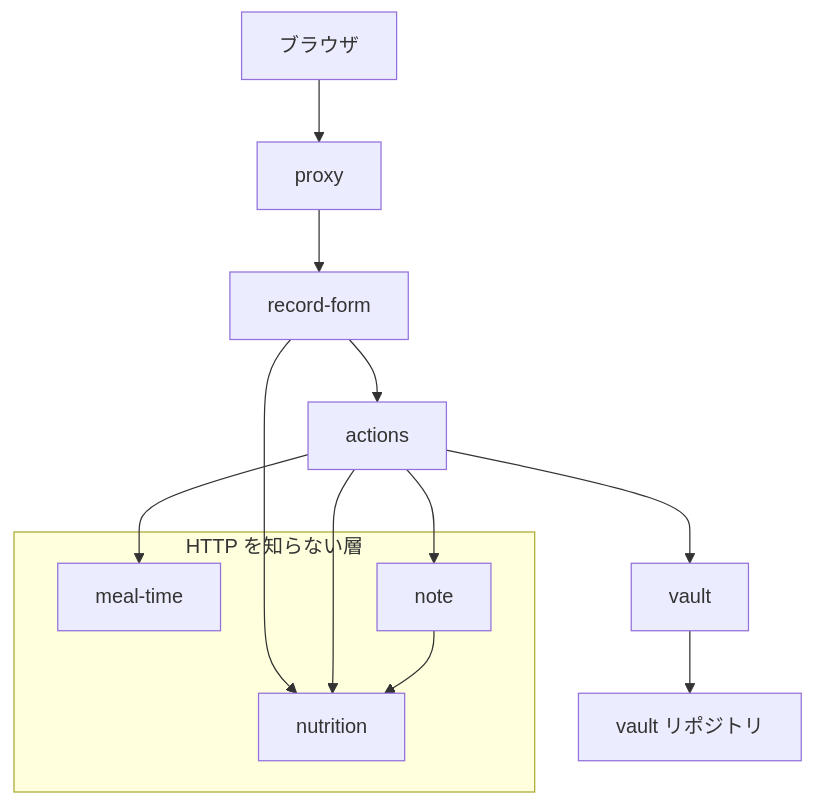
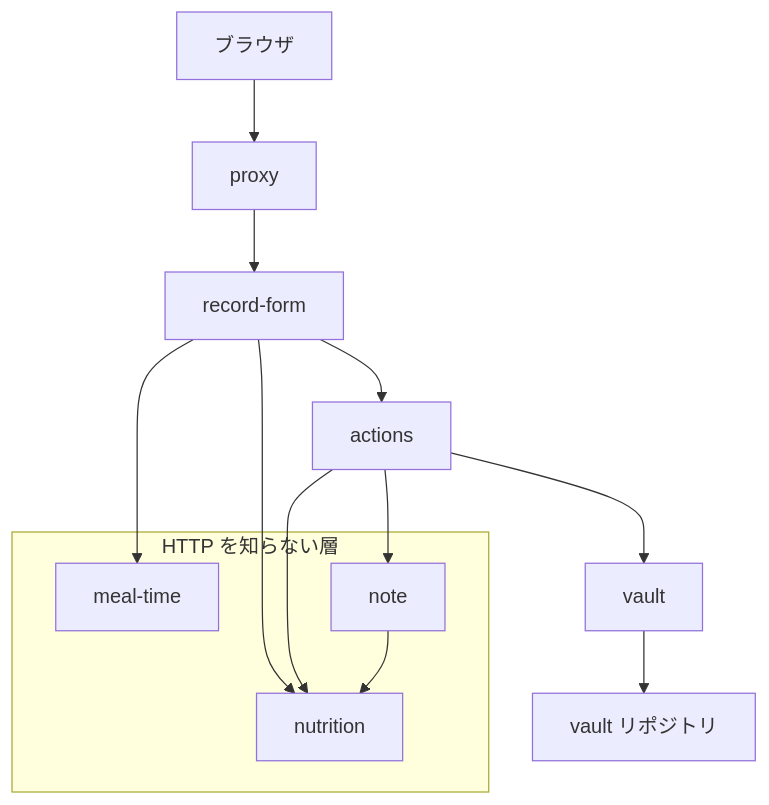
Before and after one commit to nozomi-iida/obsidian-meal-log: the first of 2 diagrams in .kiro/specs/meal-record/design.md, drawn with Mermaid. The commit also changed other lines of this file and 1 other file, not shown here.

First line of the commit message:
docs(meal-record): 日時をタイムゾーンに依存しない契約に直す

````diff
--- a/.kiro/specs/meal-record/design.md
+++ b/.kiro/specs/meal-record/design.md
@@ -84,29 +85,29 @@
 ```mermaid
 graph TB
     Browser[ブラウザ]
     Proxy[proxy]
     Form[record-form]
     Action[actions]
     Nutrition[nutrition]
     MealTime[meal-time]
     Note[note]
     Vault[vault]
     GitHub[vault リポジトリ]
 
     Browser --> Proxy
     Proxy --> Form
     Form --> Action
     Form --> Nutrition
+    Form --> MealTime
     Action --> Nutrition
-    Action --> MealTime
     Action --> Note
     Action --> Vault
     Note --> Nutrition
     Vault --> GitHub
 
     subgraph HTTP を知らない層
         Nutrition
         MealTime
         Note
     end
 ```
````
